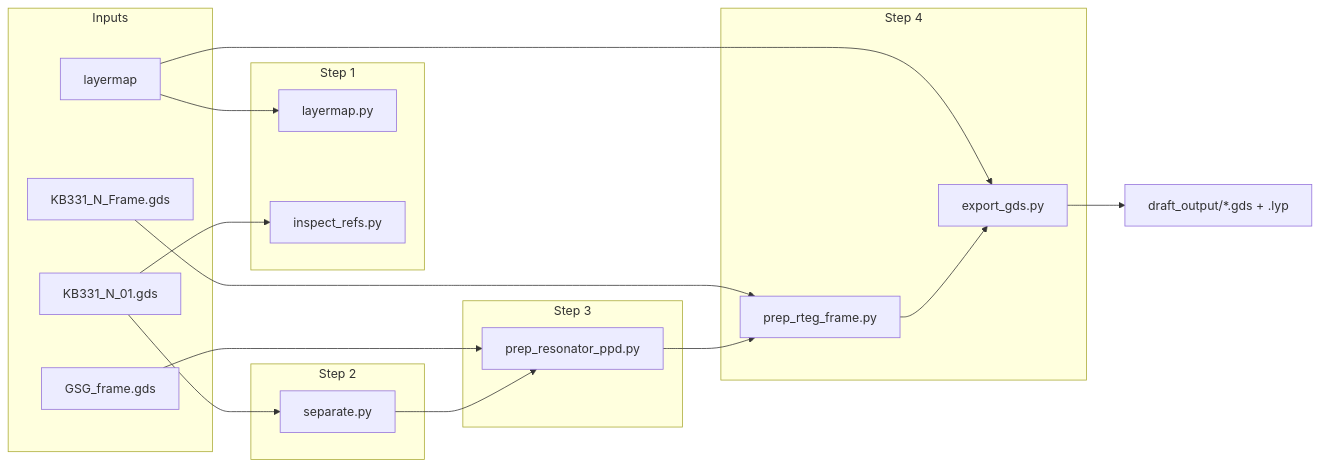
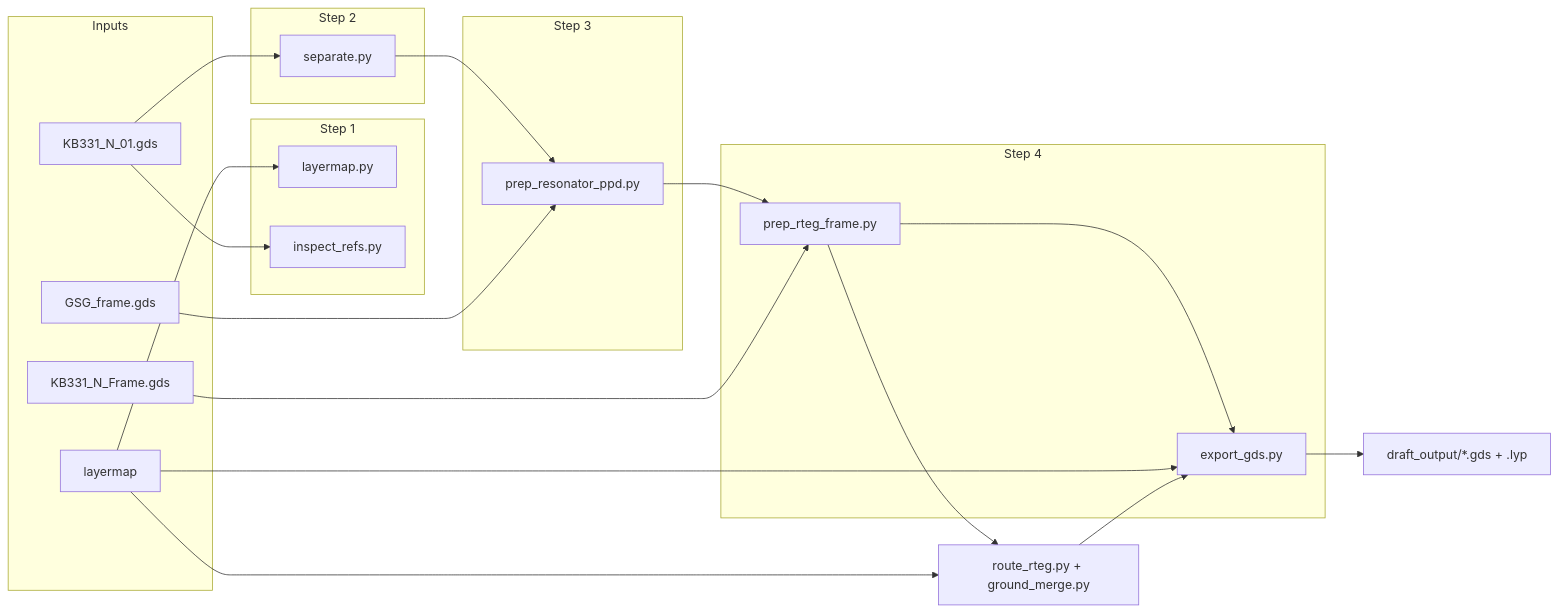
Before and after one commit to ReubenSKWS/rteg-automation: the diagram in README.md, drawn with Mermaid. The commit also changed other lines of this file and 37 other files, not shown here.

````diff
--- a/README.md
+++ b/README.md
@@ -50,38 +50,41 @@
 ```mermaid
 flowchart LR
     subgraph inputs [Inputs]
         filter[KB331_N_01.gds]
         frame[KB331_N_Frame.gds]
         ppd[GSG_frame.gds]
         lm[layermap]
     end
 
     subgraph step1 [Step 1]
         layermap[layermap.py]
         inspect[inspect_refs.py]
     end
 
     subgraph step2 [Step 2]
         sep[separate.py]
     end
 
     subgraph step3 [Step 3]
         ppdprep[prep_resonator_ppd.py]
     end
 
     subgraph step4 [Step 4]
         frameprep[prep_rteg_frame.py]
         export[export_gds.py]
     end
 
     lm --> layermap
     filter --> inspect
     filter --> sep
     sep --> ppdprep
     ppd --> ppdprep
     ppdprep --> frameprep
     frame --> frameprep
     frameprep --> export
+    frameprep --> route[route_rteg.py + ground_merge.py]
     lm --> export
+    lm --> route
+    route --> export
     export --> draft[draft_output/*.gds + .lyp]
 ```
````
